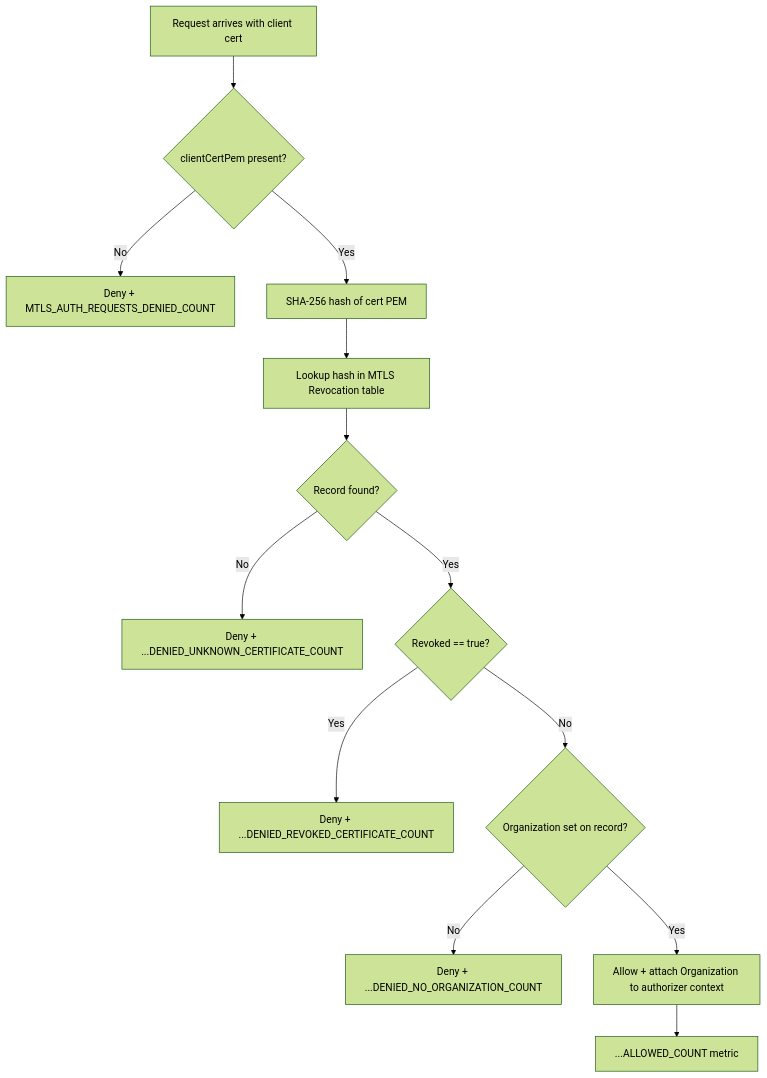
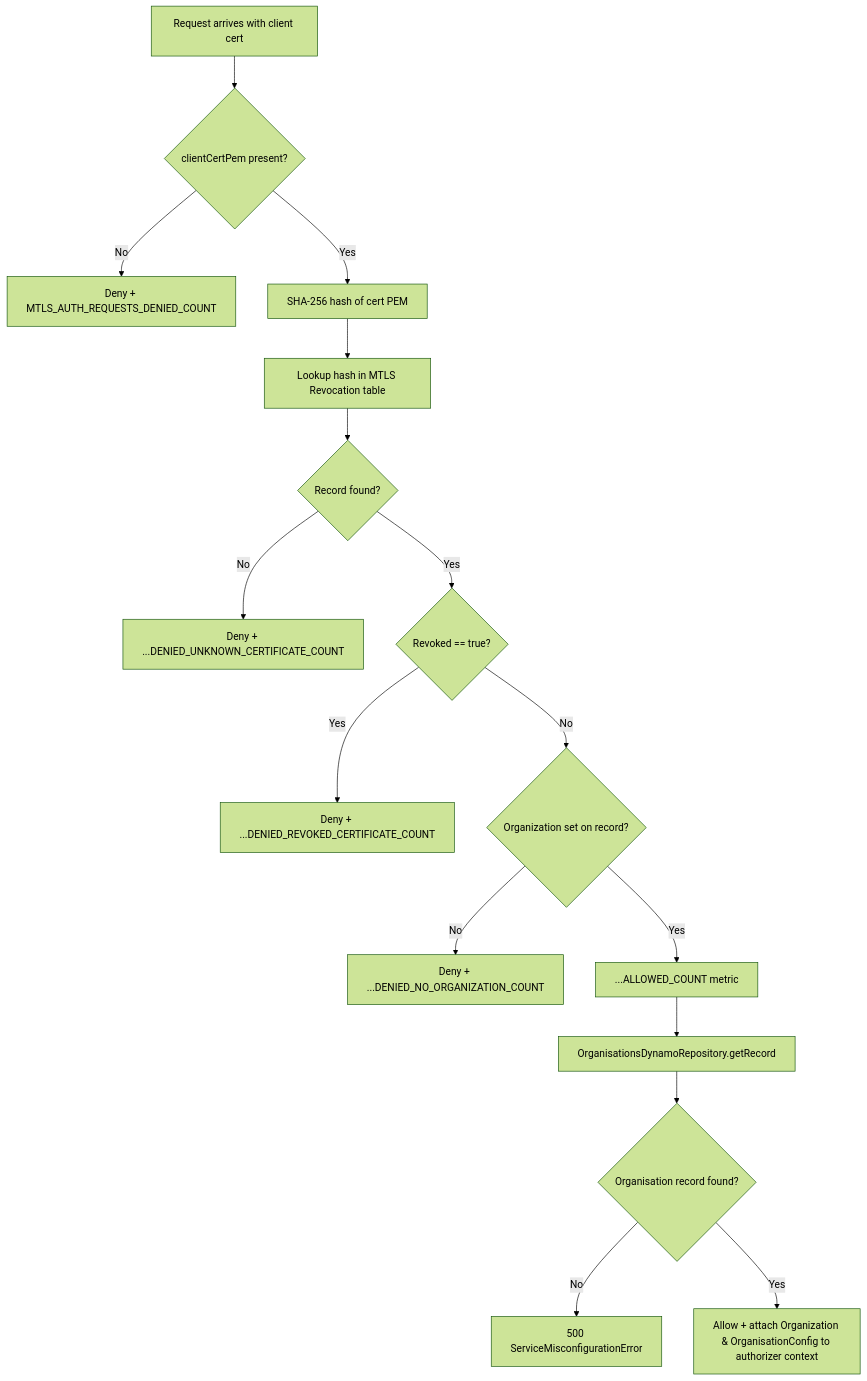
The diagram in src/lambdas/pso/http.mtlsCertificateRevocationAuthorizer/README.md (govuk-once/gds-unified-notification-service), drawn with Mermaid (forest theme) before and after one commit. The commit also changed other lines of this file and 9 other files, not shown here.

````diff
--- a/src/lambdas/pso/http.mtlsCertificateRevocationAuthorizer/README.md
+++ b/src/lambdas/pso/http.mtlsCertificateRevocationAuthorizer/README.md
@@ -36,15 +36,18 @@
 ```mermaid
 flowchart TD
     A[Request arrives with client cert] --> B{clientCertPem present?}
     B -- No --> D1[Deny + MTLS_AUTH_REQUESTS_DENIED_COUNT]
     B -- Yes --> C[SHA-256 hash of cert PEM]
     C --> E[Lookup hash in MTLS Revocation table]
     E --> F{Record found?}
     F -- No --> D2[Deny + ...DENIED_UNKNOWN_CERTIFICATE_COUNT]
     F -- Yes --> G{Revoked == true?}
     G -- Yes --> D3[Deny + ...DENIED_REVOKED_CERTIFICATE_COUNT]
     G -- No --> H{Organization set on record?}
     H -- No --> D4[Deny + ...DENIED_NO_ORGANIZATION_COUNT]
-    H -- Yes --> I[Allow + attach Organization to authorizer context]
-    I --> J[...ALLOWED_COUNT metric]
+    H -- Yes --> I[...ALLOWED_COUNT metric]
+    I --> K[OrganisationsDynamoRepository.getRecord]
+    K --> L{Organisation record found?}
+    L -- No --> M[500 ServiceMisconfigurationError]
+    L -- Yes --> N["Allow + attach Organization & OrganisationConfig to authorizer context"]
 ```
````
